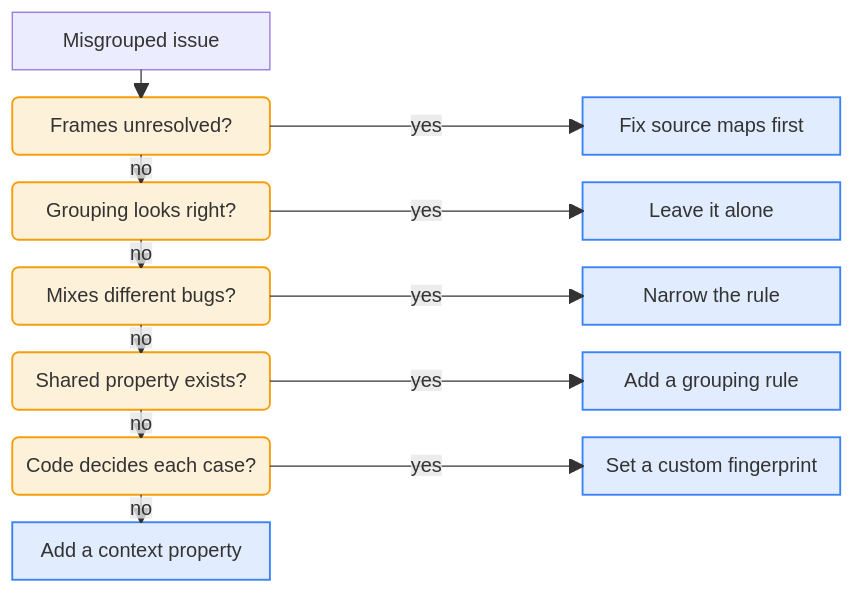
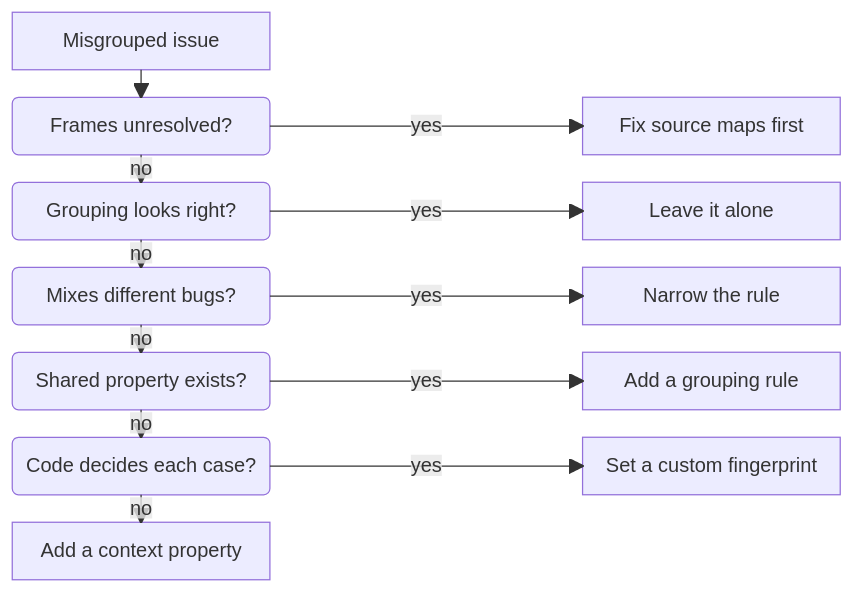
The diagram in contents/learn/error-tracking/pocket-guide/issue-grouping/index.mdx (PostHog/posthog.com), drawn with Mermaid before and after one commit. The commit also changed 10 other files, not shown here.

````diff
--- a/contents/learn/error-tracking/pocket-guide/issue-grouping/index.mdx
+++ b/contents/learn/error-tracking/pocket-guide/issue-grouping/index.mdx
@@ -130,29 +130,27 @@
 ```mermaid
-%%{init: {"block": {"padding": 22}, "themeCSS": ".edgeLabel foreignObject { overflow: visible; } span.edgeLabel { background: transparent !important; } .yes, .no { background: white; padding: 0 3px; } .no { position: relative; left: 30px; }"}}%%
+%%{init: {"block": {"padding": 22}}}%%
 block-beta
     columns 3
     issue["Misgrouped issue"] space space
     frames("Frames unresolved?") space maps["Fix source maps first"]
     right("Grouping looks right?") space leave["Leave it alone"]
     mixed("Mixes different bugs?") space narrow["Narrow the rule"]
     shared("Shared property exists?") space rule["Add a grouping rule"]
     percase("Code decides each case?") space fingerprint["Set a custom fingerprint"]
     add["Add a context property"] space space
 
     issue --> frames
     frames -- "<span class='yes'>yes</span>" --> maps
     frames -- "<span class='no'>no</span>" --> right
     right -- "<span class='yes'>yes</span>" --> leave
     right -- "<span class='no'>no</span>" --> mixed
     mixed -- "<span class='yes'>yes</span>" --> narrow
     mixed -- "<span class='no'>no</span>" --> shared
     shared -- "<span class='yes'>yes</span>" --> rule
     shared -- "<span class='no'>no</span>" --> percase
     percase -- "<span class='yes'>yes</span>" --> fingerprint
     percase -- "<span class='no'>no</span>" --> add
 
-    classDef check fill:#f59e0b26,stroke:#f59e0b,stroke-width:1.5px
-    classDef act fill:#3b82f626,stroke:#3b82f6,stroke-width:1.5px
     class frames,right,mixed,shared,percase check
     class maps,leave,narrow,rule,fingerprint,add act
 ```
````
